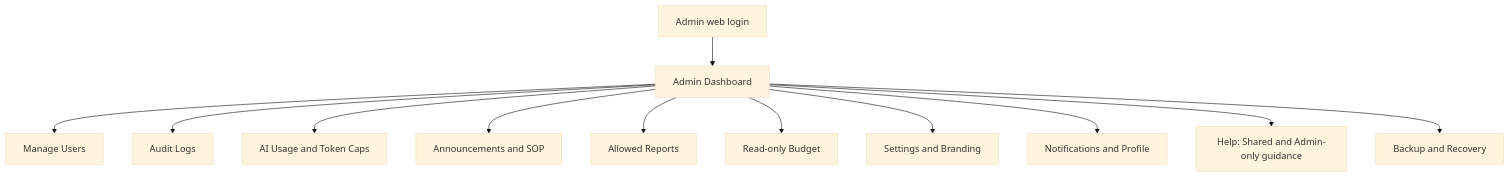
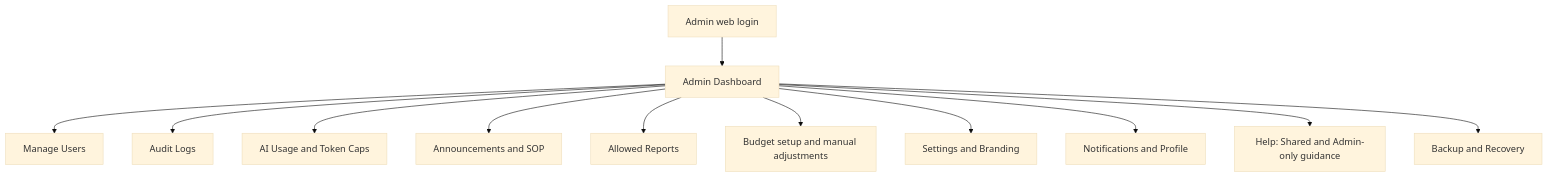
One commit to ja2gc/Nutriscope changed the first of 6 diagrams in docs/modules/Flowcharts/Admin Operations.md. Above: the diagram before and after it, drawn with Mermaid (base theme). The commit also changed other lines of this file and 63 other files, not shown here.

````diff
--- a/docs/modules/Flowcharts/Admin Operations.md
+++ b/docs/modules/Flowcharts/Admin Operations.md
@@ -7,14 +5,14 @@
 ```mermaid
 flowchart TD
     A["Admin web login"] --> B["Admin Dashboard"]
     B --> C["Manage Users"]
     B --> D["Audit Logs"]
     B --> E["AI Usage and Token Caps"]
     B --> F["Announcements and SOP"]
     B --> G["Allowed Reports"]
-    B --> H["Read-only Budget"]
+    B --> H["Budget setup and manual adjustments"]
     B --> I["Settings and Branding"]
     B --> J["Notifications and Profile"]
     B --> K["Help: Shared and Admin-only guidance"]
     B --> L["Backup and Recovery"]
 ```
````
